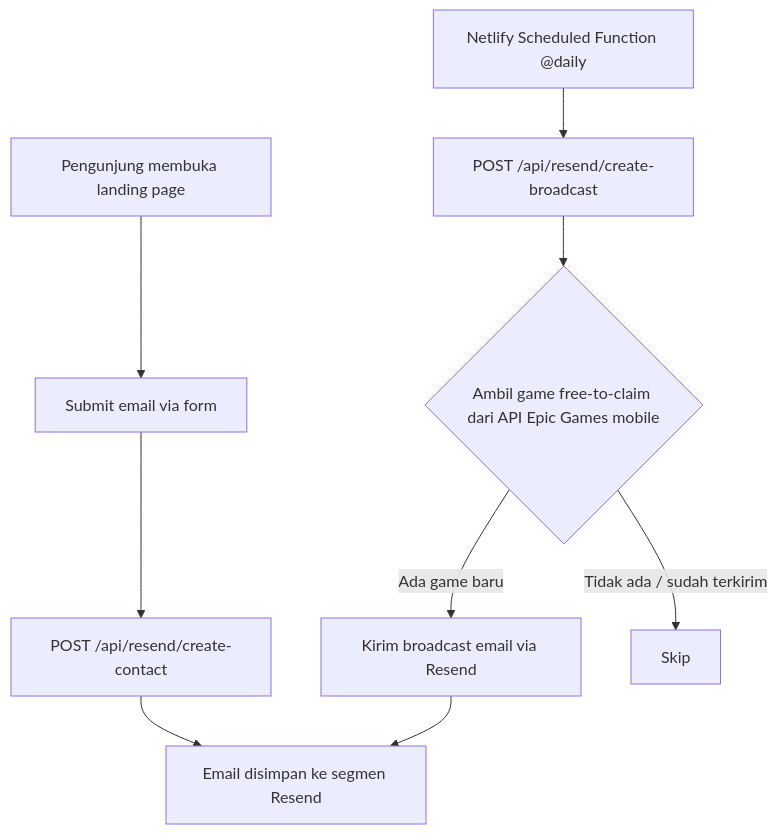
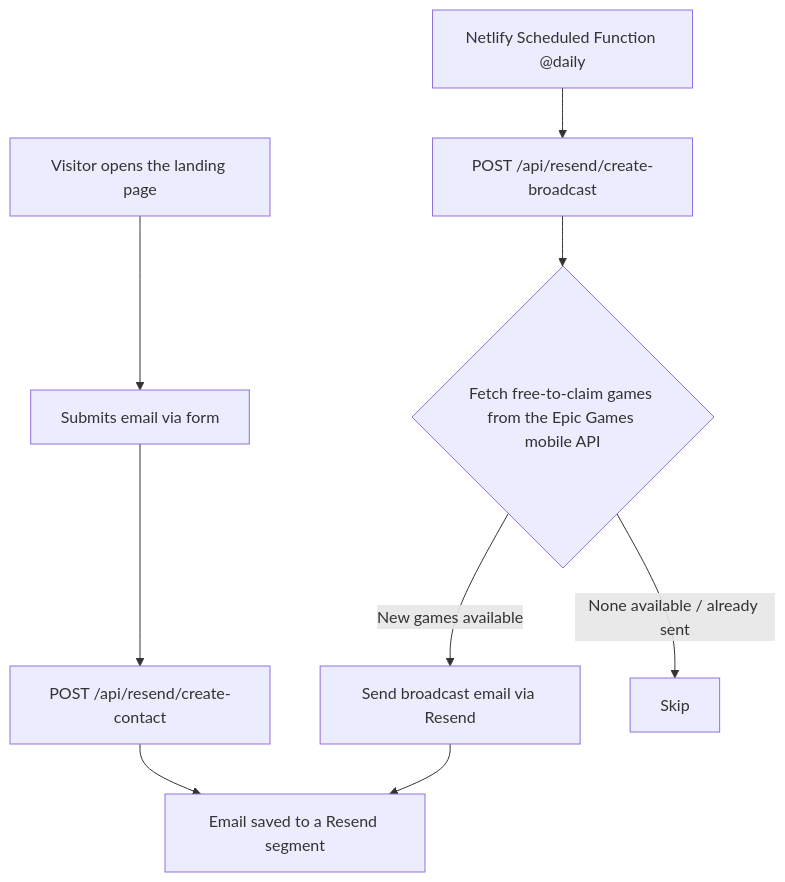
One commit to tuturam/free-epic-games-mobile-mail changed the diagram in README.md. Above: the diagram before and after it, drawn with Mermaid. The commit also changed other lines of this file, not shown here.

````diff
--- a/README.md
+++ b/README.md
@@ -14,11 +14,11 @@
 ```mermaid
 flowchart TD
-    A[Pengunjung membuka landing page] --> B[Submit email via form]
+    A[Visitor opens the landing page] --> B[Submits email via form]
     B --> C[POST /api/resend/create-contact]
-    C --> D[Email disimpan ke segmen Resend]
+    C --> D[Email saved to a Resend segment]
     E[Netlify Scheduled Function @daily] --> F[POST /api/resend/create-broadcast]
-    F --> G{Ambil game free-to-claim dari API Epic Games mobile}
-    G -->|Ada game baru| H[Kirim broadcast email via Resend]
-    G -->|Tidak ada / sudah terkirim| I[Skip]
+    F --> G{Fetch free-to-claim games from the Epic Games mobile API}
+    G -->|New games available| H[Send broadcast email via Resend]
+    G -->|None available / already sent| I[Skip]
     H --> D
 ```
````
